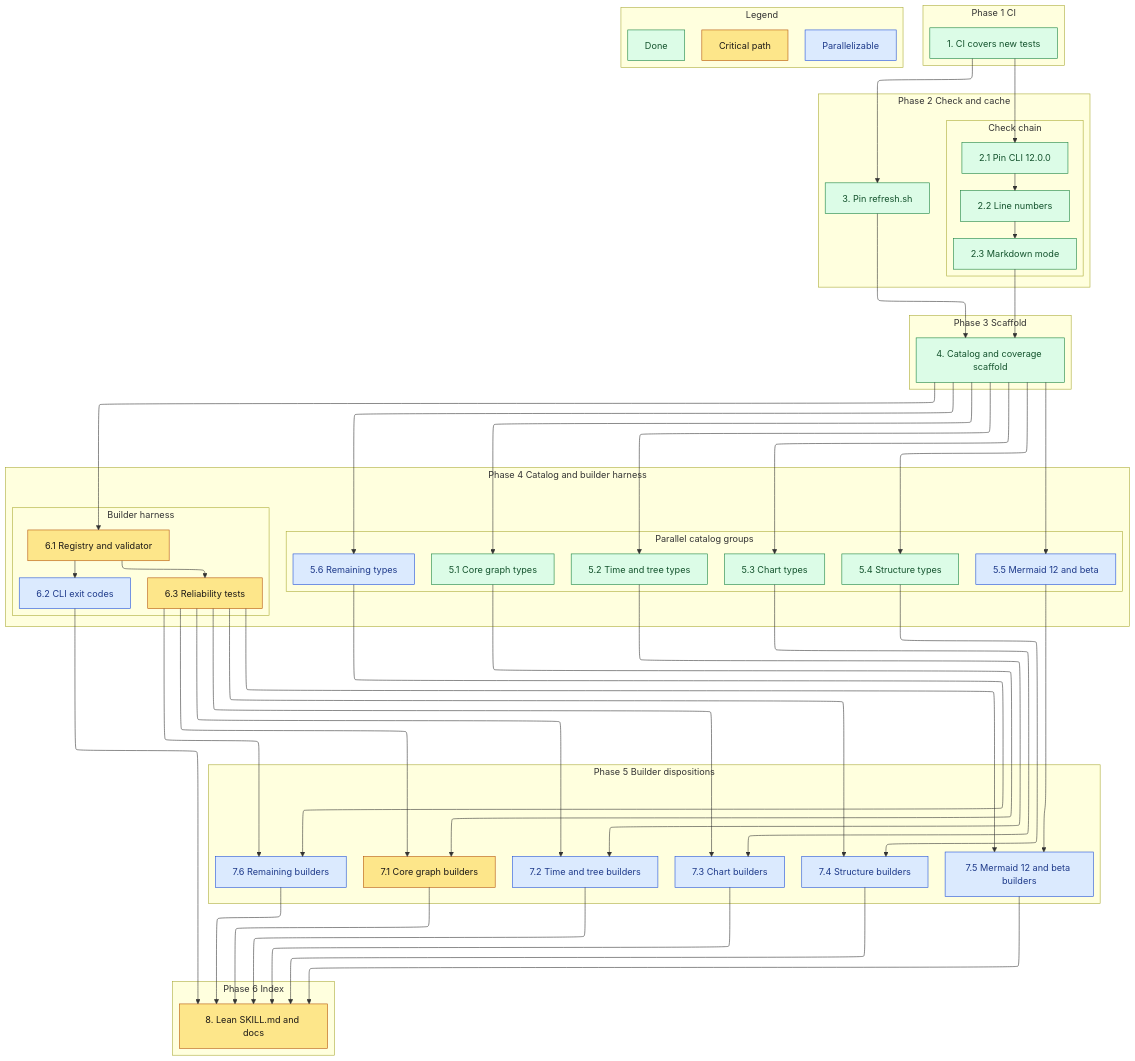
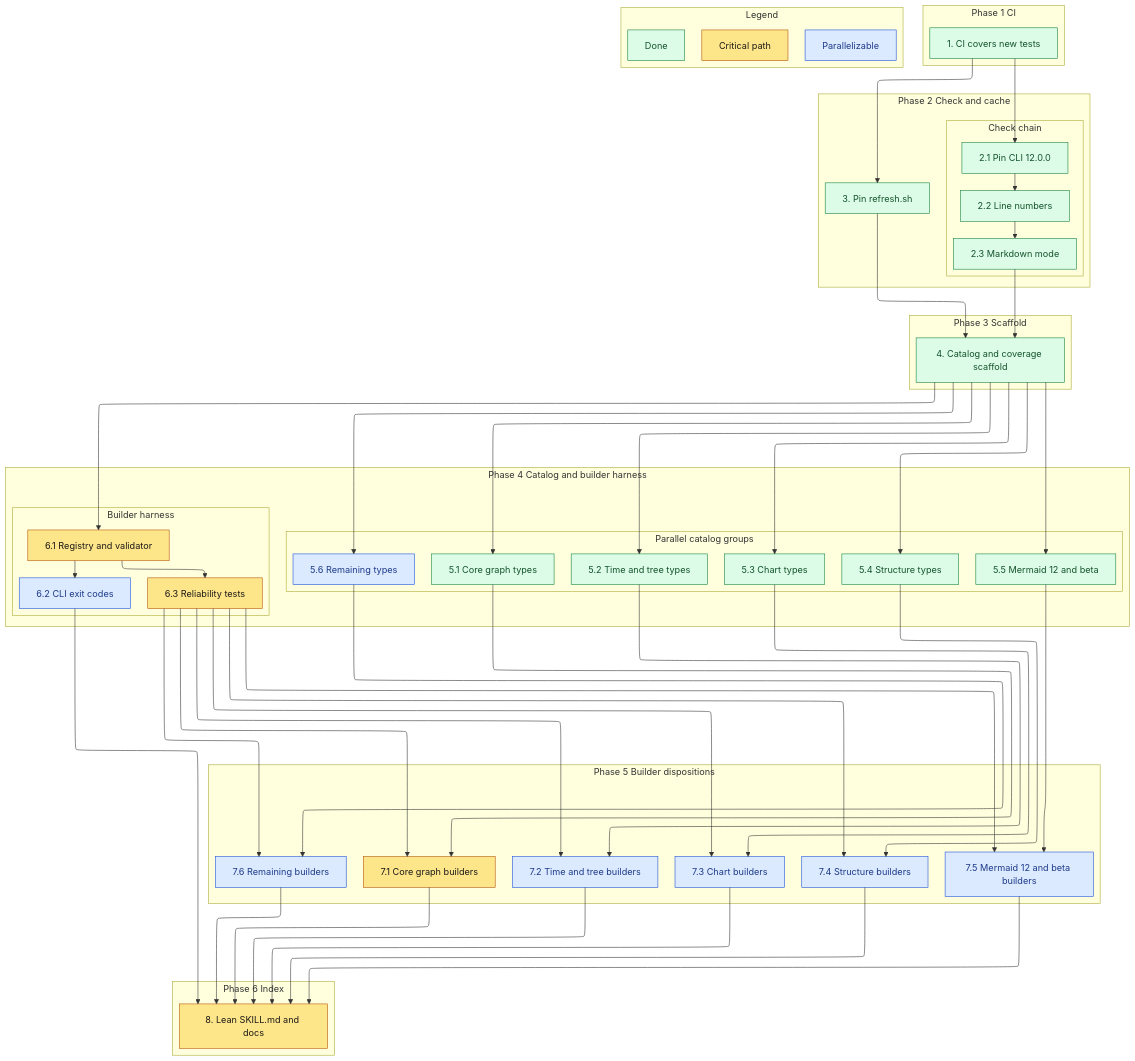
One commit to sohampatwardhan/mermaid-skill changed the diagram in .kiro/specs/mermaid-catalog/tasks.md. Above: the diagram before and after it, drawn with Mermaid. The commit also changed other lines of this file and 7 other files, not shown here.

First line of the commit message:
docs(catalog): add mermaid 12 and beta type catalog files

````diff
--- a/.kiro/specs/mermaid-catalog/tasks.md
+++ b/.kiro/specs/mermaid-catalog/tasks.md
@@ -94,7 +94,7 @@
   classDef critical fill:#fde68a,stroke:#b45309,color:#1c1917
   classDef parallel fill:#dbeafe,stroke:#1d4ed8,color:#1e3a8a
   classDef done fill:#dcfce7,stroke:#15803d,color:#14532d
-  class t1,t2_1,t2_2,t2_3,t3,t4,t5_1,t5_2,t5_3,t5_4,ld done
+  class t1,t2_1,t2_2,t2_3,t3,t4,t5_1,t5_2,t5_3,t5_4,t5_5,ld done
   class t6_1,t6_3,t7_1,t8,lc critical
-  class t5_5,t5_6,t6_2,t7_2,t7_3,t7_4,t7_5,t7_6,lp parallel
+  class t5_6,t6_2,t7_2,t7_3,t7_4,t7_5,t7_6,lp parallel
 ```
````
